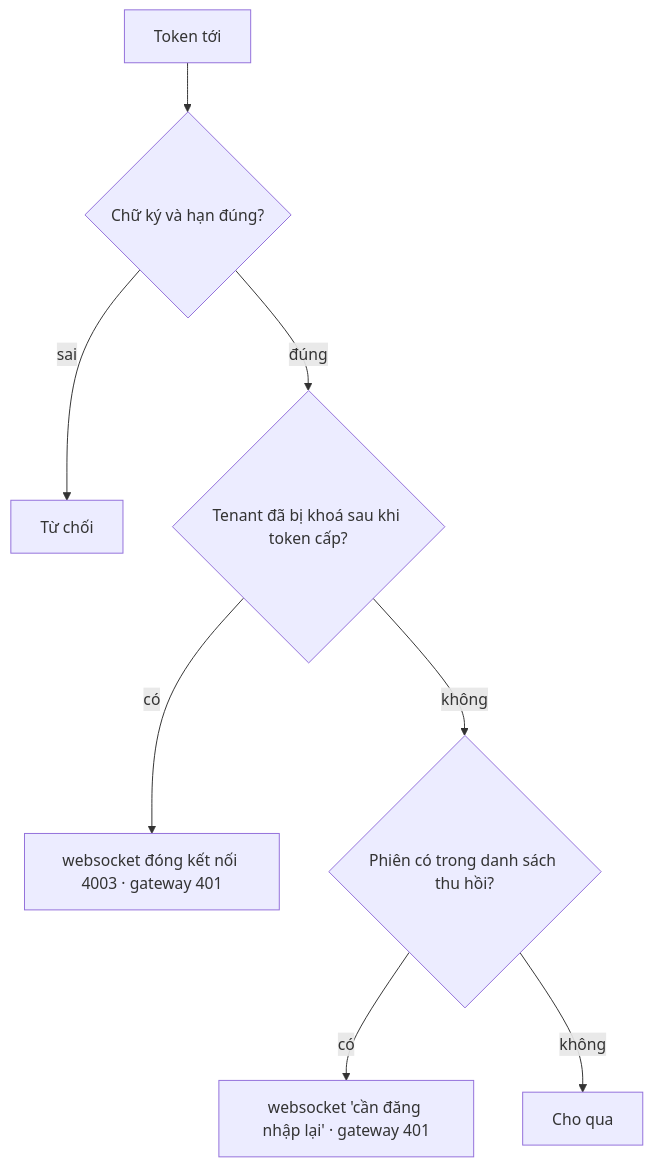
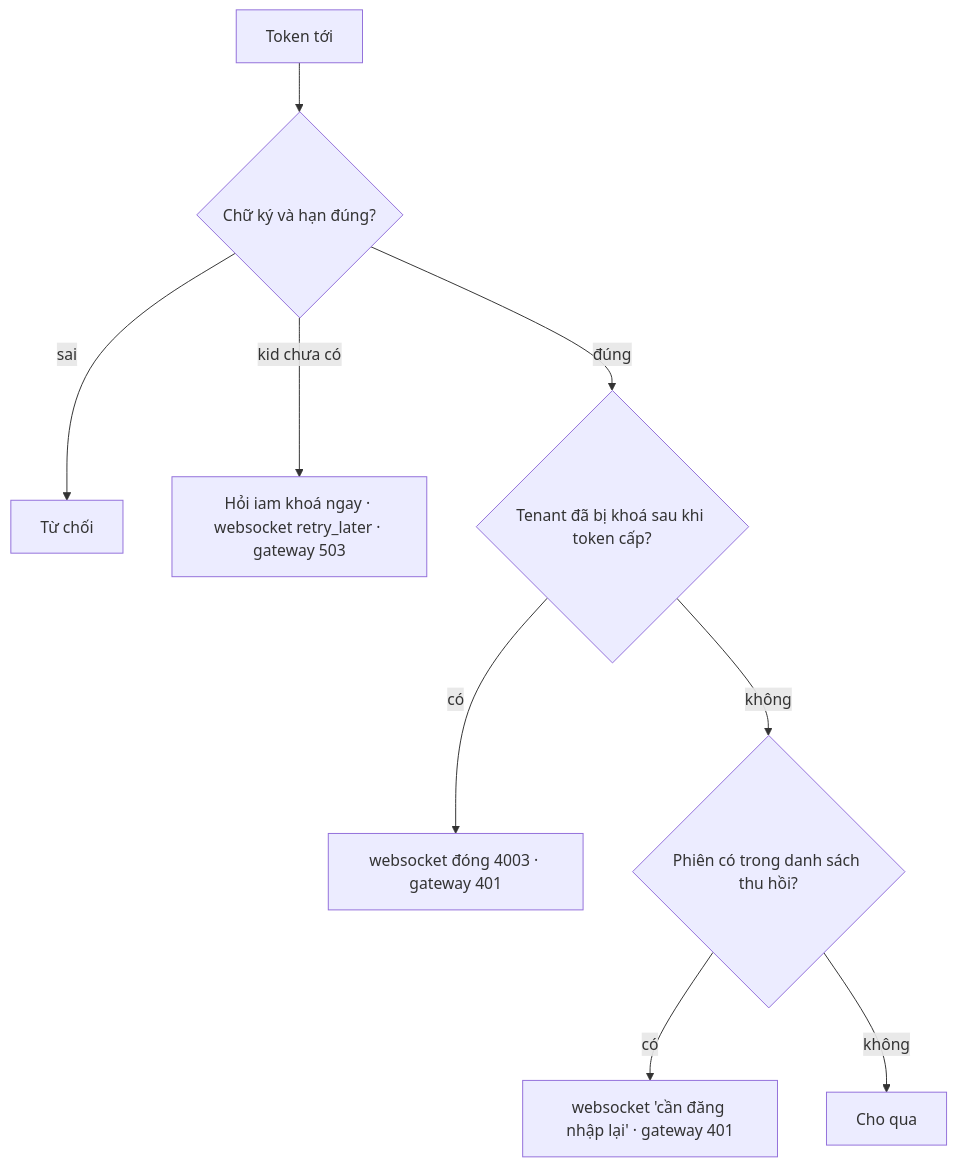
One commit to ivannguyendev/chatim changed the third of 5 diagrams in docs/plans/2026-10-27-m6-2-thu-hoi-toi-node-summary.md. Above: the diagram before and after it, drawn with Mermaid. The commit also changed other lines of this file and 6 other files, not shown here.

````diff
--- a/docs/plans/2026-10-27-m6-2-thu-hoi-toi-node-summary.md
+++ b/docs/plans/2026-10-27-m6-2-thu-hoi-toi-node-summary.md
@@ -91,10 +93,11 @@
 ```mermaid
 flowchart TD
   T["Token tới"] --> SIG{"Chữ ký và hạn đúng?"}
   SIG -->|sai| NO["Từ chối"]
+  SIG -->|"kid chưa có"| KP["Hỏi iam khoá ngay · websocket retry_later · gateway 503"]
   SIG -->|đúng| TN{"Tenant đã bị khoá sau khi token cấp?"}
-  TN -->|có| CL["websocket đóng kết nối 4003 · gateway 401"]
+  TN -->|có| CL["websocket đóng 4003 · gateway 401"]
   TN -->|không| SD{"Phiên có trong danh sách thu hồi?"}
   SD -->|có| RV["websocket 'cần đăng nhập lại' · gateway 401"]
   SD -->|không| GO["Cho qua"]
 ```
````
